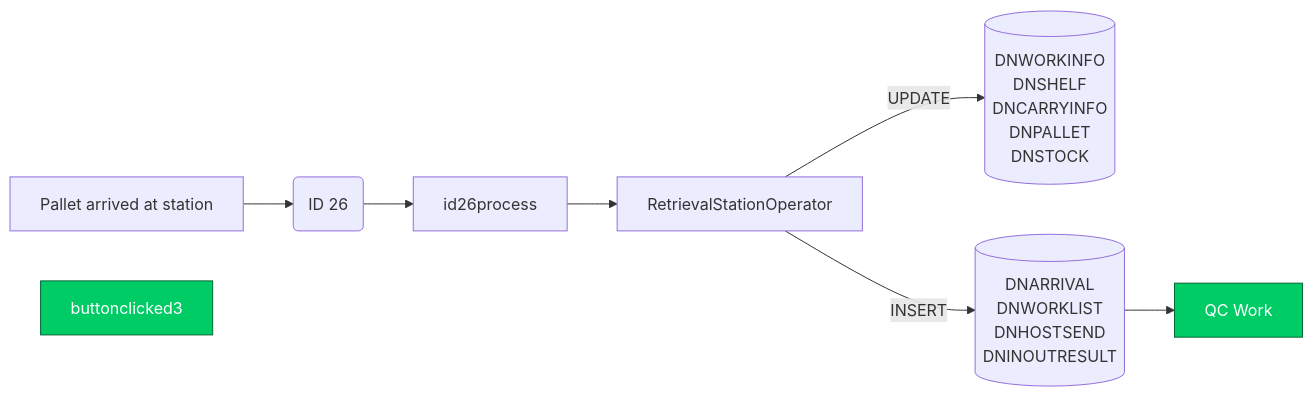
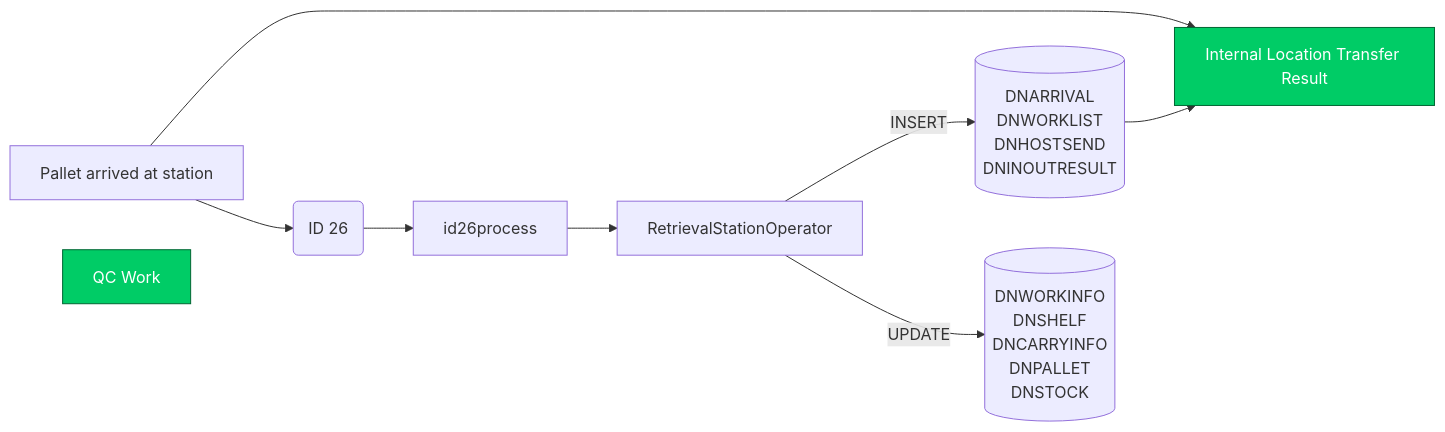
Before and after one commit to luthfiadityaa/SimeDarby-Wiki: diagram 17 of 17 in Basic-Design/DFD-WMS/Retrieval/QC-Setting/Retrieval-for-QC-Start.md, drawn with Mermaid.

Commit message:
Updated Retrieval for QC Start

```diff
--- a/Basic-Design/DFD-WMS/Retrieval/QC-Setting/Retrieval-for-QC-Start.md
+++ b/Basic-Design/DFD-WMS/Retrieval/QC-Setting/Retrieval-for-QC-Start.md
@@ -678,50 +678,51 @@
 ::: mermaid
 flowchart LR
 
 buttonclicked["
 Pallet arrived at station
 "]
 
 buttonclicked2["
 Internal Location Transfer Result 
 "]
 
-buttonclicked2["
+buttonclicked3["
 QC Work 
 "]
 
 id26msg("
 ID 26
 ")
 
 id26-update[("
 DNWORKINFO
 DNSHELF
 DNCARRYINFO
 DNPALLET
 DNSTOCK
 ")]
 
 id26-insert[("
 DNARRIVAL
 DNWORKLIST
 DNHOSTSEND
 DNINOUTRESULT
 ")]
 
 id26process[id26process]
 retrievaloperator[RetrievalStationOperator]
 
+buttonclicked-->buttonclicked2
 buttonclicked --> id26msg
 id26msg -->id26process
 id26process-->retrievaloperator
 
 retrievaloperator--> |INSERT| id26-insert
 retrievaloperator--> |UPDATE| id26-update
 id26-insert-->buttonclicked2 
 
 click buttonclicked2 "https://dev.azure.com/Daifuku-SW/ID_SimeDarbyPlantation/_wiki/wikis/ID_SimeDarbyPlantation.wiki/948/Unplanned-Storage-from-HP" "Go to HP"
 click buttonclicked3 "https://dev.azure.com/Daifuku-SW/ID_SimeDarbyPlantation/_wiki/wikis/ID_SimeDarbyPlantation.wiki/880/Unplanned-Storage-from-OP-Area" "Go to OP"
 style buttonclicked2 fill:#00cc66,stroke:#006633,color:#ffffff
 style buttonclicked3 fill:#00cc66,stroke:#006633,color:#ffffff
 :::
```
